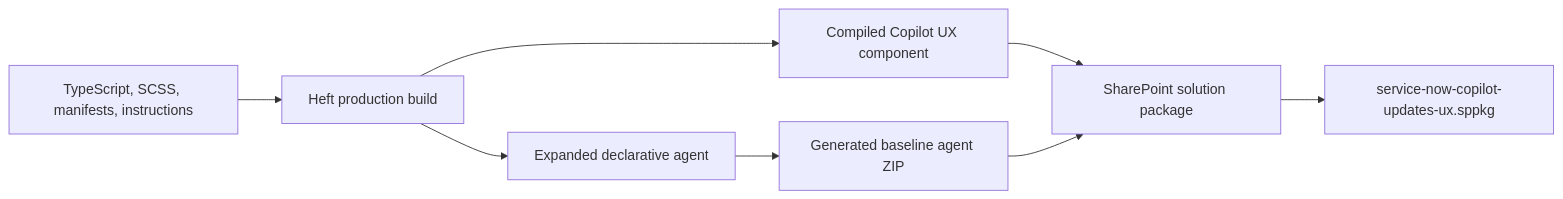
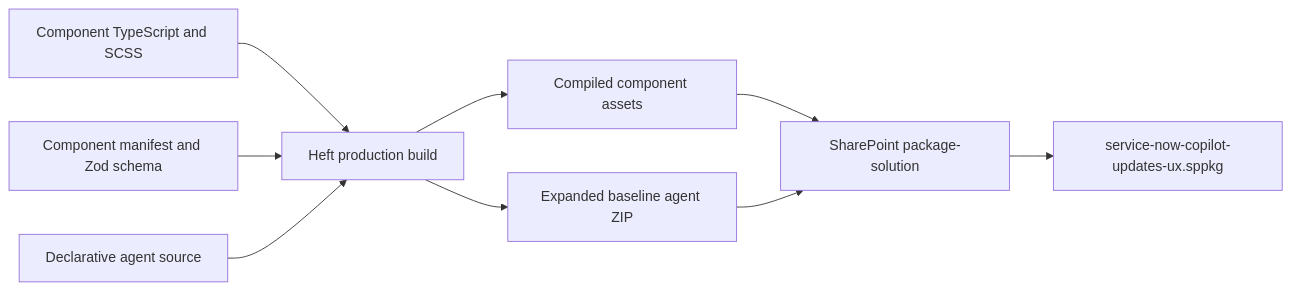
Before and after one commit to ukpkumar/Copilot-UX-ServiceNow-Connector-Sample-Agent: the second of 2 diagrams in README.md, drawn with Mermaid. The commit also changed other lines of this file, not shown here.

Commit message:
Add detailed Copilot package build walkthrough

````diff
--- a/README.md
+++ b/README.md
@@ -287,10 +507,11 @@
 ```mermaid
 flowchart LR
-    S[TypeScript, SCSS, manifests, instructions] --> H[Heft production build]
-    H --> C[Compiled Copilot UX component]
-    H --> A[Expanded declarative agent]
-    C --> P[SharePoint solution package]
-    A --> Z[Generated baseline agent ZIP]
+    C[Component TypeScript and SCSS] --> H[Heft production build]
+    M[Component manifest and Zod schema] --> H
+    A[Declarative agent source] --> H
+    H --> J[Compiled component assets]
+    H --> Z[Expanded baseline agent ZIP]
+    J --> P[SharePoint package-solution]
     Z --> P
-    P --> O[service-now-copilot-updates-ux.sppkg]
+    P --> S[service-now-copilot-updates-ux.sppkg]
 ```
````
